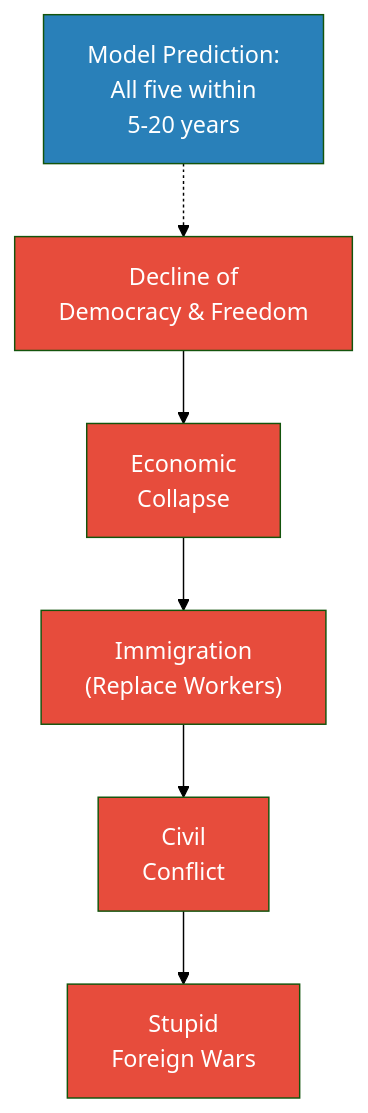
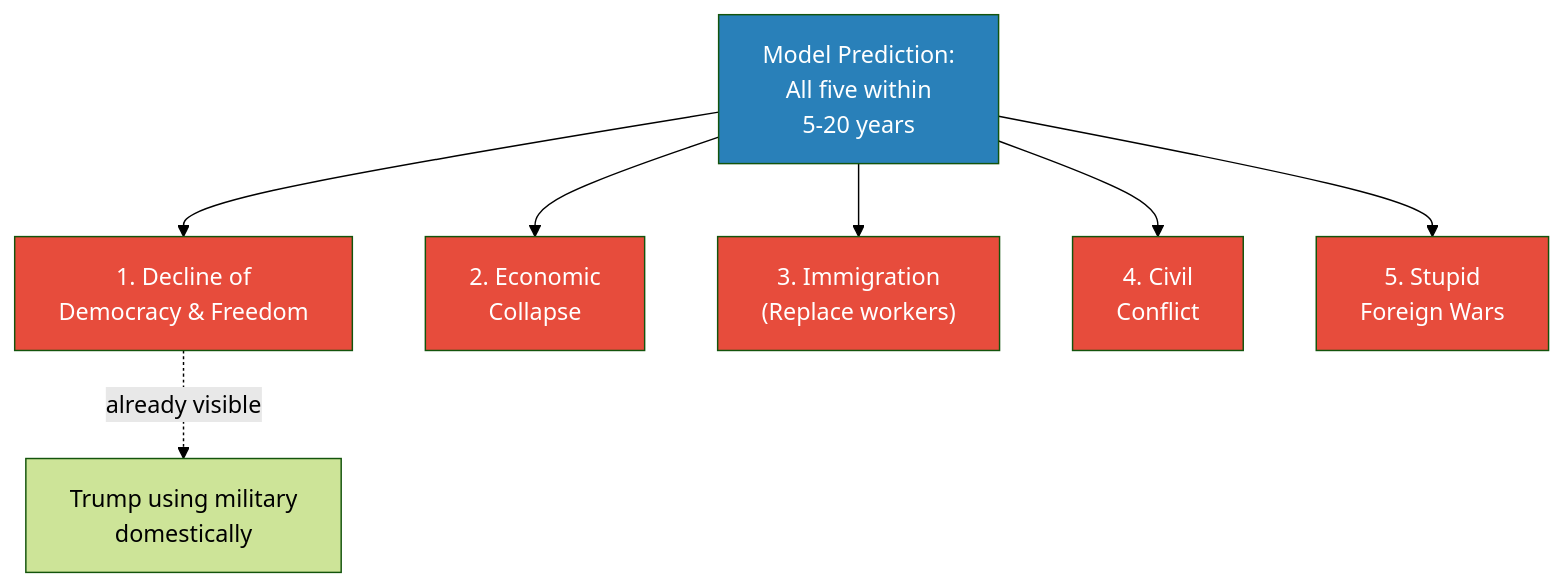
One commit to alius33/reader changed the tenth of 11 diagrams in summaries/Lectures/Secret History/02 - How Societies Collapse.md. Above: the diagram before and after it, drawn with Mermaid (forest theme). The commit also changed other lines of this file and 26 other files, not shown here.

````diff
--- a/summaries/Lectures/Secret History/02 - How Societies Collapse.md
+++ b/summaries/Lectures/Secret History/02 - How Societies Collapse.md
@@ -496,14 +514,16 @@
 ```mermaid
 flowchart TB
-    A["Decline of<br/>Democracy & Freedom"] --> B["Economic<br/>Collapse"]
-    B --> C["Immigration<br/>(Replace Workers)"]
-    C --> D["Civil<br/>Conflict"]
-    D --> E["Stupid<br/>Foreign Wars"]
-    A2["Model Prediction:<br/>All five within<br/>5-20 years"] -.-> A
+    M["Model Prediction:<br/>All five within<br/>5-20 years"]
+    M --> A["1. Decline of<br/>Democracy & Freedom"]
+    M --> B["2. Economic<br/>Collapse"]
+    M --> C["3. Immigration<br/>(Replace workers)"]
+    M --> D["4. Civil<br/>Conflict"]
+    M --> E["5. Stupid<br/>Foreign Wars"]
+    A -.->|"already visible"| A2["Trump using military<br/>domestically"]
+    style M fill:#2980b9,color:#fff
     style A fill:#e74c3c,color:#fff
     style B fill:#e74c3c,color:#fff
     style C fill:#e74c3c,color:#fff
     style D fill:#e74c3c,color:#fff
     style E fill:#e74c3c,color:#fff
-    style A2 fill:#2980b9,color:#fff
 ```
````
